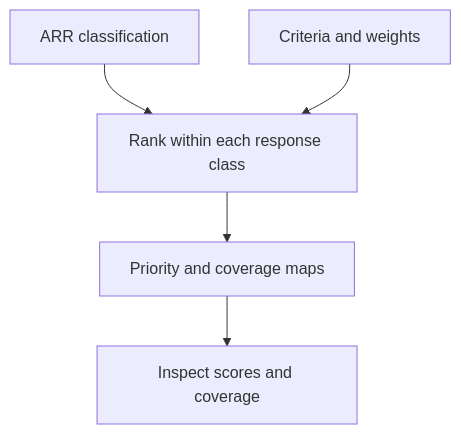
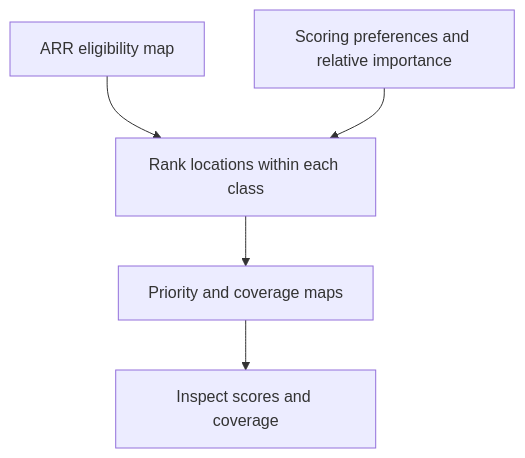
The fifth of 10 diagrams in docs/source/for_users/features/ldnplanning-process.md (ConservationInternational/trends.earth), drawn with Mermaid before and after one commit. The commit also changed other lines of this file and 6 other files, not shown here.

````diff
--- a/docs/source/for_users/features/ldnplanning-process.md
+++ b/docs/source/for_users/features/ldnplanning-process.md
@@ -87,7 +92,7 @@
 ```mermaid
 flowchart TD
-    ARR["ARR classification"] --> Rank["Rank within each response class"]
-    Criteria["Criteria and weights"] --> Rank
+    ARR["ARR eligibility map"] --> Rank["Rank locations within each class"]
+    Criteria["Scoring preferences and relative importance"] --> Rank
     Rank --> Scores["Priority and coverage maps"]
     Scores --> Review["Inspect scores and coverage"]
 ```
````
